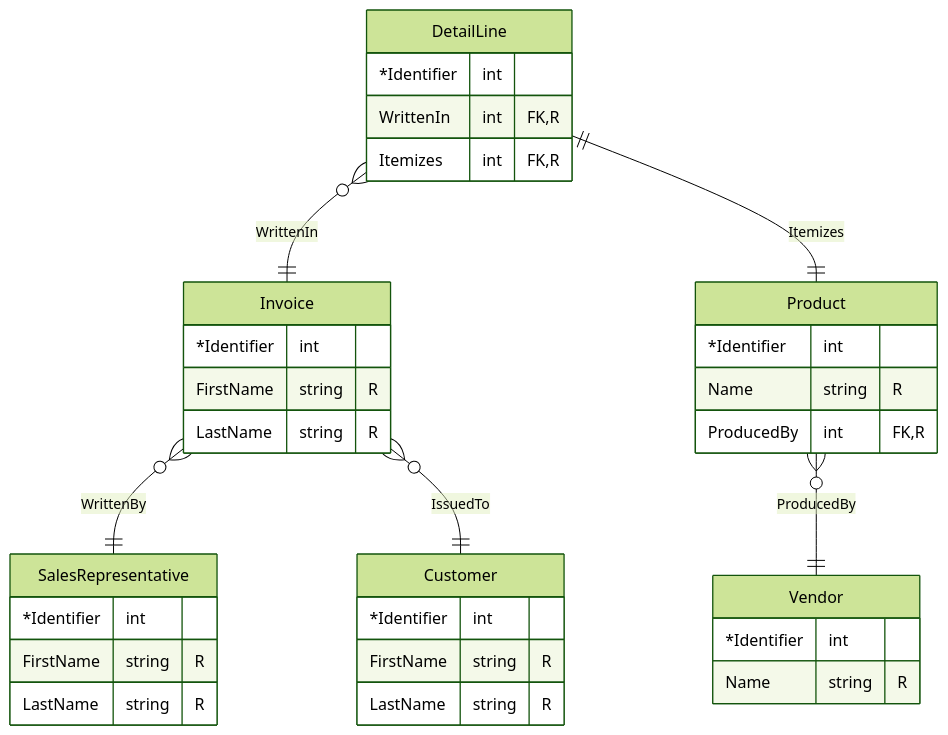
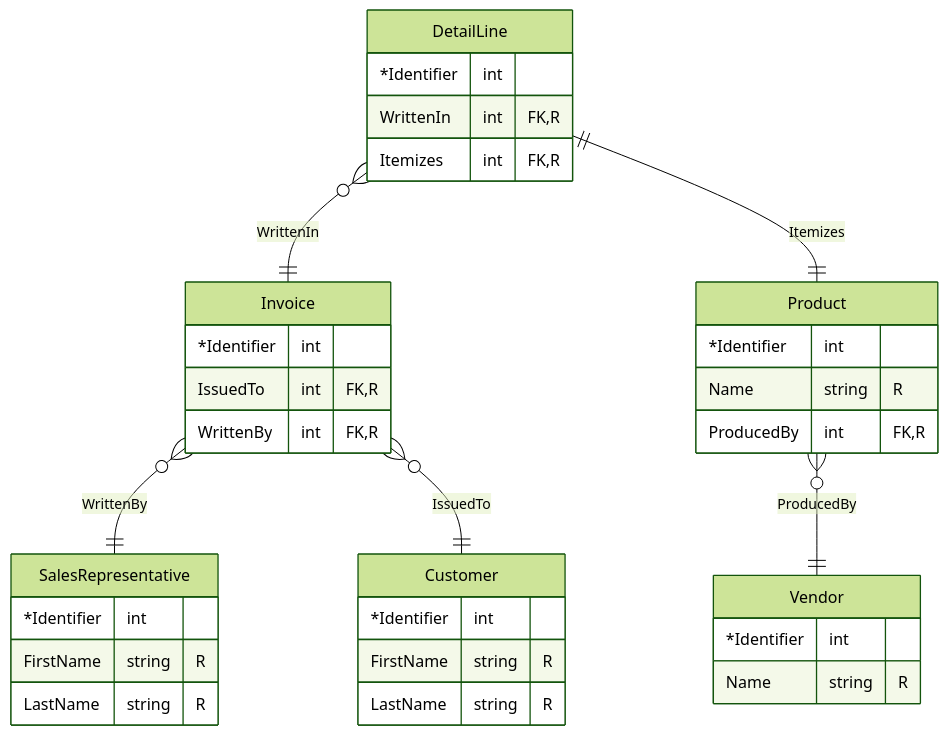
Before and after one commit to oridim/ds220-group-project: the second of 2 diagrams in README.md, drawn with Mermaid (forest theme).

Commit message:
fix: typo in entity tables

````diff
--- a/README.md
+++ b/README.md
@@ -79,43 +79,43 @@
 ```mermaid
 erDiagram
     SalesRepresentative {
         *Identifier int
         FirstName string "R"
         LastName string "R"
     }
 
     Customer {
         *Identifier int
         FirstName string "R"
         LastName string "R"
     }
 
     Invoice {
         *Identifier int
-        FirstName string "R"
-        LastName string "R"
+        IssuedTo int "FK,R"
+        WrittenBy int "FK,R"
     }
 
     DetailLine {
         *Identifier int
         WrittenIn int "FK,R"
         Itemizes int "FK,R"
     }
 
     Product {
         *Identifier int
         Name string "R"
         ProducedBy int "FK,R"
     }
 
     Vendor {
         *Identifier int
         Name string "R"
     }
 
     Invoice }o--|| SalesRepresentative: WrittenBy
     Invoice }o--|| Customer: IssuedTo
     DetailLine }o--|| Invoice: WrittenIn
     DetailLine ||--|| Product: Itemizes
     Product }o--|| Vendor: ProducedBy
 ```
````
